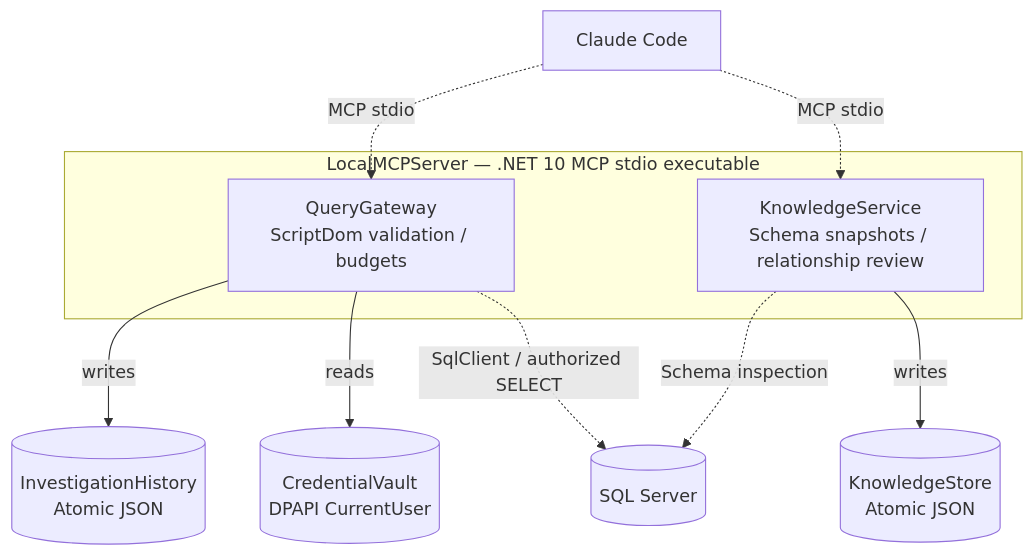
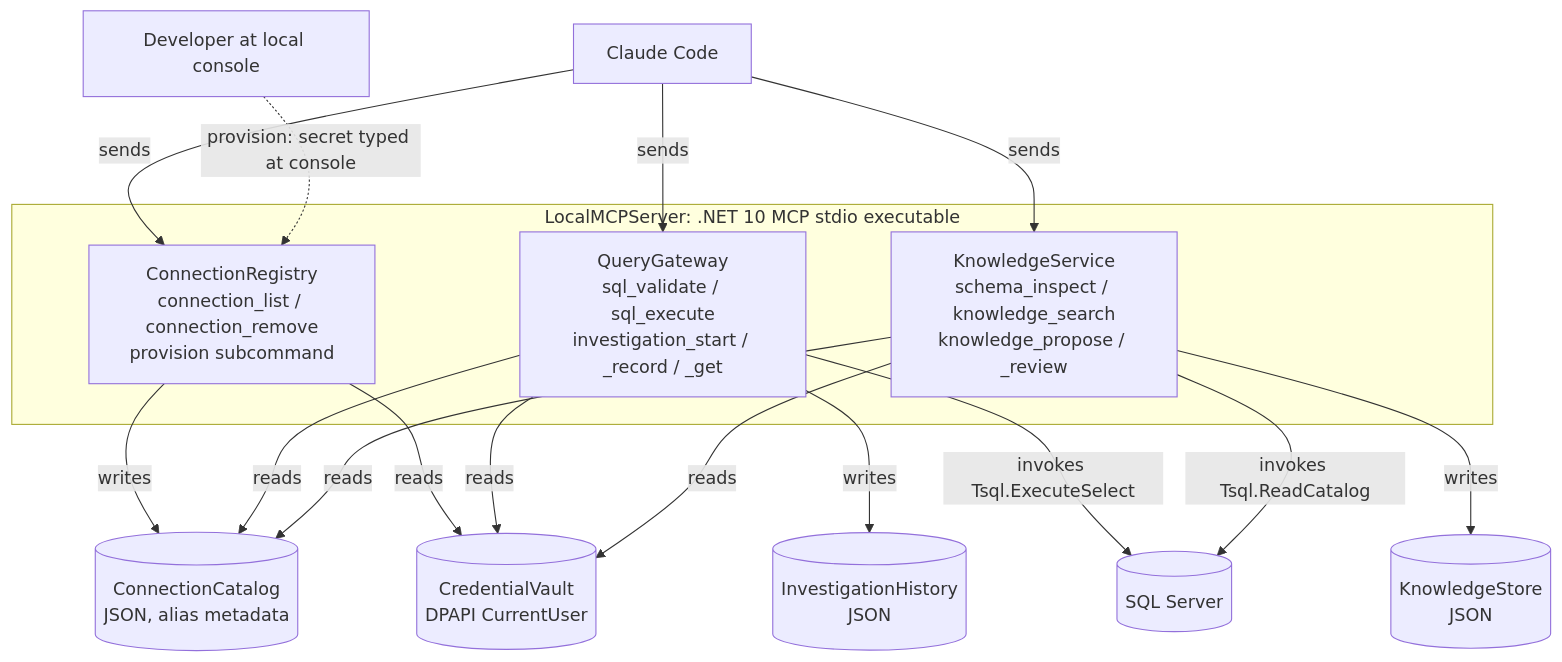
Before and after one commit to avlon-technologies/sql-investigator: the diagram in continuum/diagrams/02-local-runtime.md, drawn with Mermaid. The commit also changed other lines of this file and 38 other files, not shown here.

````diff
--- a/continuum/diagrams/02-local-runtime.md
+++ b/continuum/diagrams/02-local-runtime.md
@@ -3,19 +3,29 @@
 ```mermaid
 flowchart TB
   claude[Claude Code]
-  subgraph exe[LocalMCPServer — .NET 10 MCP stdio executable]
-    gateway[QueryGateway\nScriptDom validation / budgets]
-    knowledge[KnowledgeService\nSchema snapshots / relationship review]
+  dev[Developer at local console]
+  subgraph exe[LocalMCPServer: .NET 10 MCP stdio executable]
+    registry[ConnectionRegistry\nconnection_list / connection_remove\nprovision subcommand]
+    gateway[QueryGateway\nsql_validate / sql_execute\ninvestigation_start / _record / _get]
+    knowledge[KnowledgeService\nschema_inspect / knowledge_search\nknowledge_propose / _review]
   end
-  history[(InvestigationHistory\nAtomic JSON)]
-  kstore[(KnowledgeStore\nAtomic JSON)]
-  secrets[(CredentialVault\nDPAPI CurrentUser)]
+  catalog[(ConnectionCatalog\nJSON, alias metadata)]
+  vault[(CredentialVault\nDPAPI CurrentUser)]
+  history[(InvestigationHistory\nJSON)]
+  kstore[(KnowledgeStore\nJSON)]
   db[(SQL Server)]
-  claude -. "MCP stdio" .-> gateway
-  claude -. "MCP stdio" .-> knowledge
+  claude -- sends --> registry
+  claude -- sends --> gateway
+  claude -- sends --> knowledge
+  dev -. "provision: secret typed at console" .-> registry
+  registry -- writes --> catalog
   gateway -- writes --> history
-  gateway -- reads --> secrets
-  gateway -. "SqlClient / authorized SELECT" .-> db
   knowledge -- writes --> kstore
-  knowledge -. "Schema inspection" .-> db
+  registry -- reads --> vault
+  gateway -- reads --> vault
+  knowledge -- reads --> vault
+  gateway -- reads --> catalog
+  knowledge -- reads --> catalog
+  gateway -- "invokes Tsql.ExecuteSelect" --> db
+  knowledge -- "invokes Tsql.ReadCatalog" --> db
 ```
````
